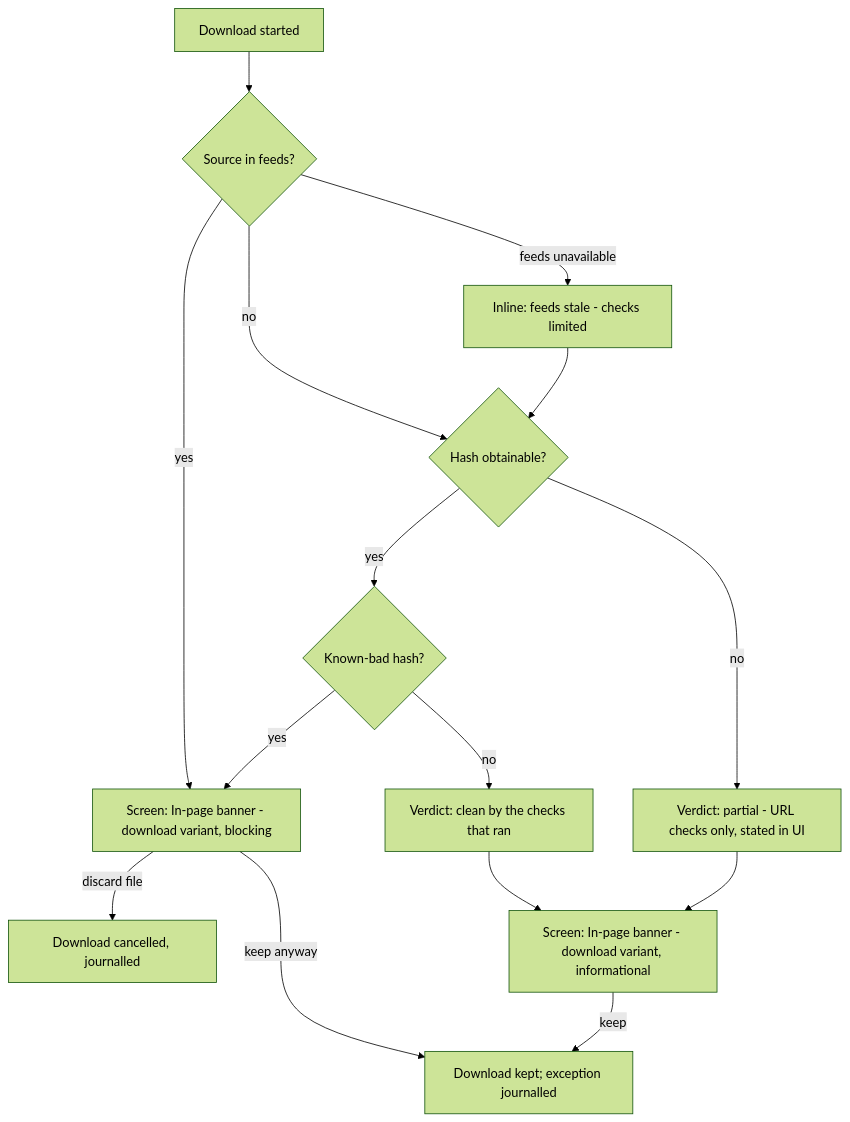
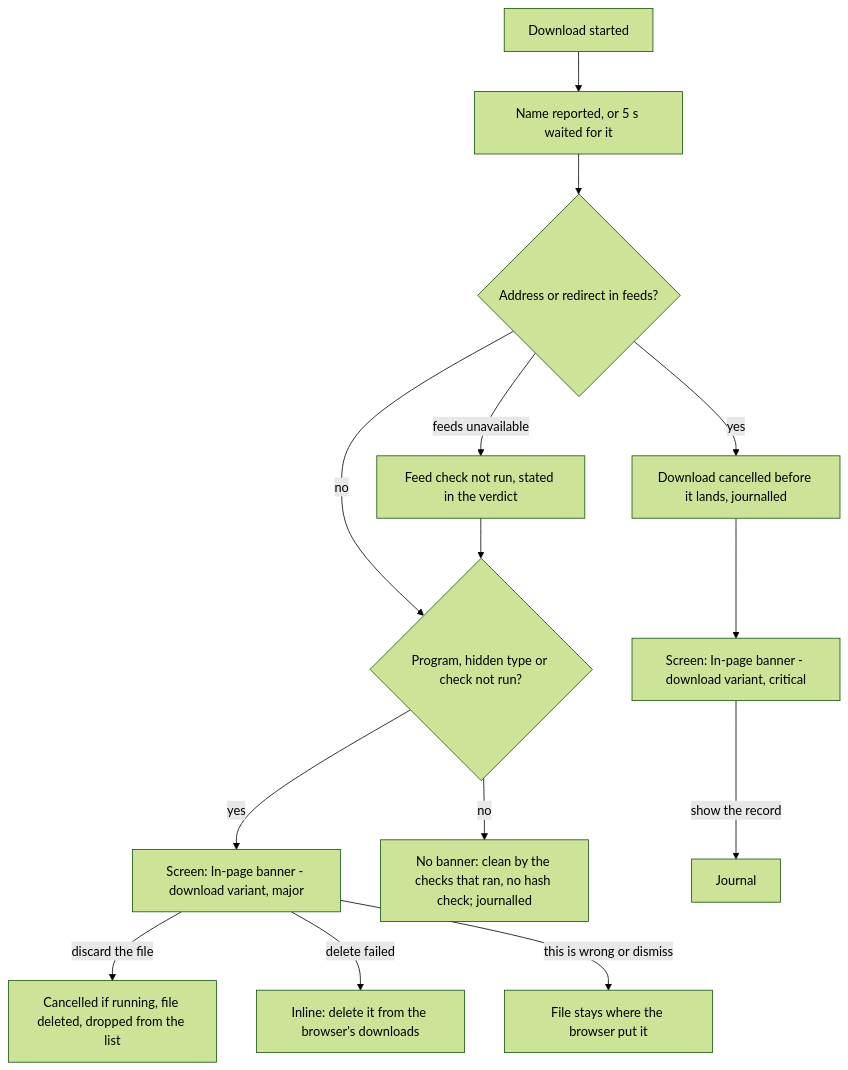
Before and after one commit to passioncode-ai/okolos: the eighth of 23 diagrams in docs/ux/flows.md, drawn with Mermaid (forest theme). The commit also changed other lines of this file and 11 other files, not shown here.

````diff
--- a/docs/ux/flows.md
+++ b/docs/ux/flows.md
@@ -228,17 +228,16 @@
 ```mermaid
 flowchart TD
-  A[Download started] --> B{Source in feeds?}
-  B -->|yes| W[Screen: In-page banner - download variant, blocking]
-  B -->|no| C{Hash obtainable?}
-  C -->|yes| D{Known-bad hash?}
-  C -->|no| E[Verdict: partial - URL checks only, stated in UI]
-  D -->|yes| W
-  D -->|no| F[Verdict: clean by the checks that ran]
-  E --> G[Screen: In-page banner - download variant, informational]
-  F --> G
-  W -->|discard file| H[Download cancelled, journalled]
-  W -->|keep anyway| I[Download kept; exception journalled]
-  G -->|keep| I
-  B -->|feeds unavailable| B_err[Inline: feeds stale - checks limited]
-  B_err --> C
+  A[Download started] --> N[Name reported, or 5 s waited for it]
+  N --> B{Address or redirect in feeds?}
+  B -->|yes| X[Download cancelled before it lands, journalled]
+  X --> W[Screen: In-page banner - download variant, critical]
+  B -->|no| T{Program, hidden type or check not run?}
+  T -->|yes| D[Screen: In-page banner - download variant, major]
+  T -->|no| G[No banner: clean by the checks that ran, no hash check; journalled]
+  W -->|show the record| J[Journal]
+  D -->|discard the file| H[Cancelled if running, file deleted, dropped from the list]
+  D -->|delete failed| E[Inline: delete it from the browser's downloads]
+  D -->|this is wrong or dismiss| I[File stays where the browser put it]
+  B -->|feeds unavailable| B_err[Feed check not run, stated in the verdict]
+  B_err --> T
 ```
````
